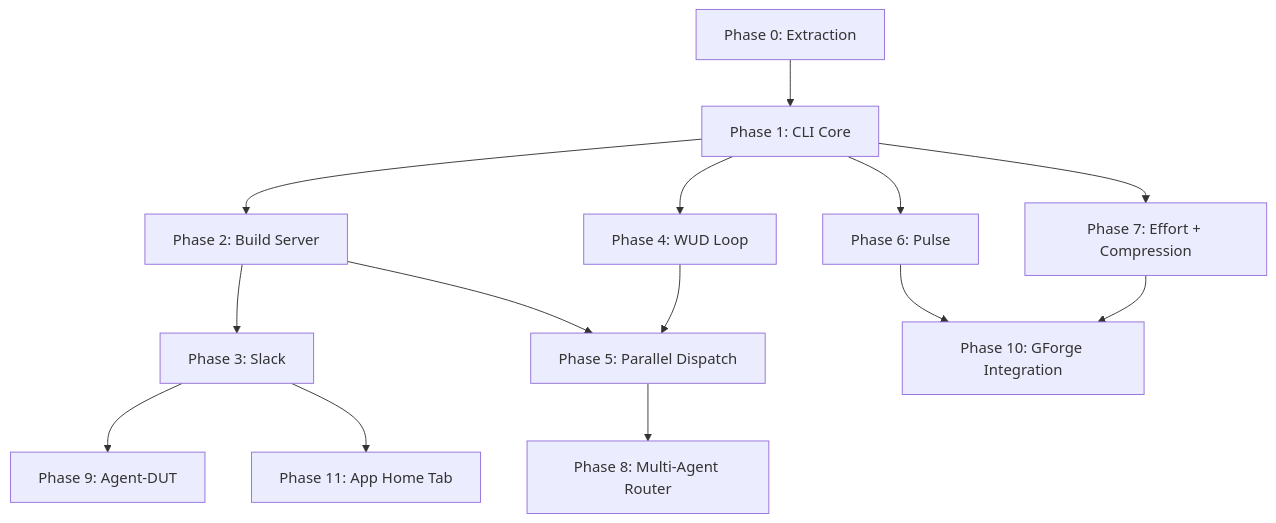
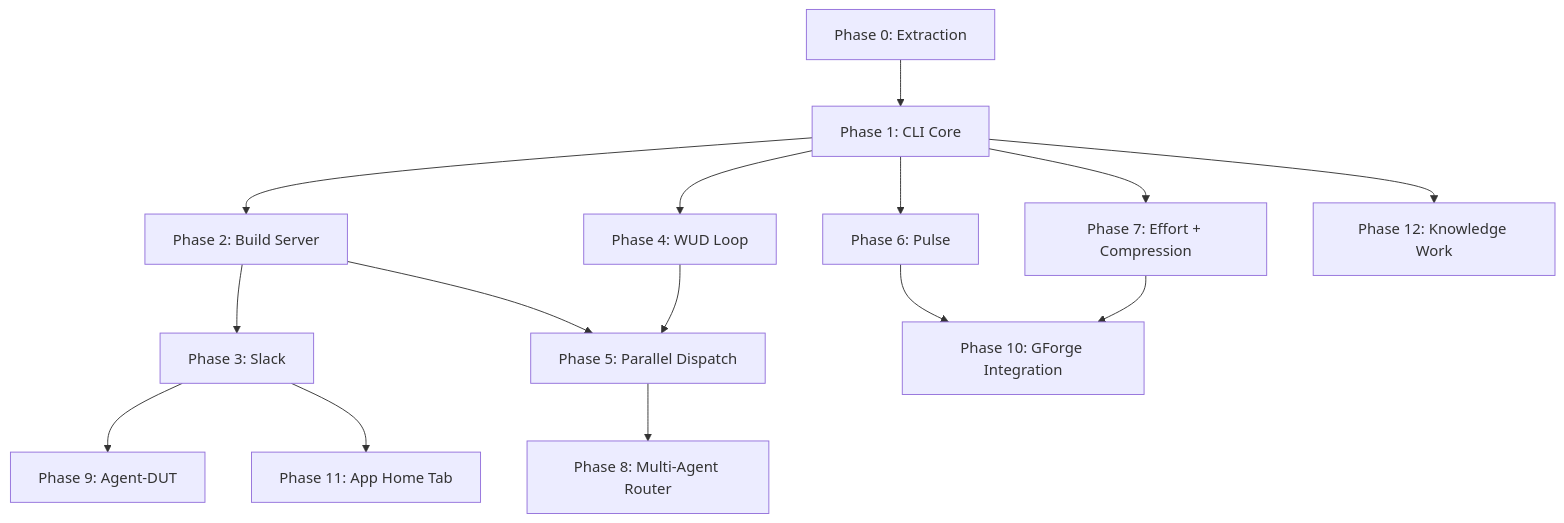
The diagram in specs/000-build-plan.md (gforge-esc/gwrk), drawn with Mermaid before and after one commit. The commit also changed other lines of this file and 4 other files, not shown here.

First line of the commit message:
feat(spec): add agent registry, knowledge work (P12), and WUD→Ship rename

````diff
--- a/specs/000-build-plan.md
+++ b/specs/000-build-plan.md
@@ -11,16 +11,17 @@
 ```mermaid
 graph TD
     P0[Phase 0: Extraction] --> P1[Phase 1: CLI Core]
     P1 --> P2[Phase 2: Build Server]
     P1 --> P4[Phase 4: WUD Loop]
     P2 --> P3[Phase 3: Slack]
     P2 --> P5[Phase 5: Parallel Dispatch]
     P4 --> P5
     P1 --> P6[Phase 6: Pulse]
     P1 --> P7[Phase 7: Effort + Compression]
     P5 --> P8[Phase 8: Multi-Agent Router]
     P3 --> P9[Phase 9: Agent-DUT]
     P6 --> P10[Phase 10: GForge Integration]
     P7 --> P10
     P3 --> P11[Phase 11: App Home Tab]
+    P1 --> P12[Phase 12: Knowledge Work]
 ```
````
